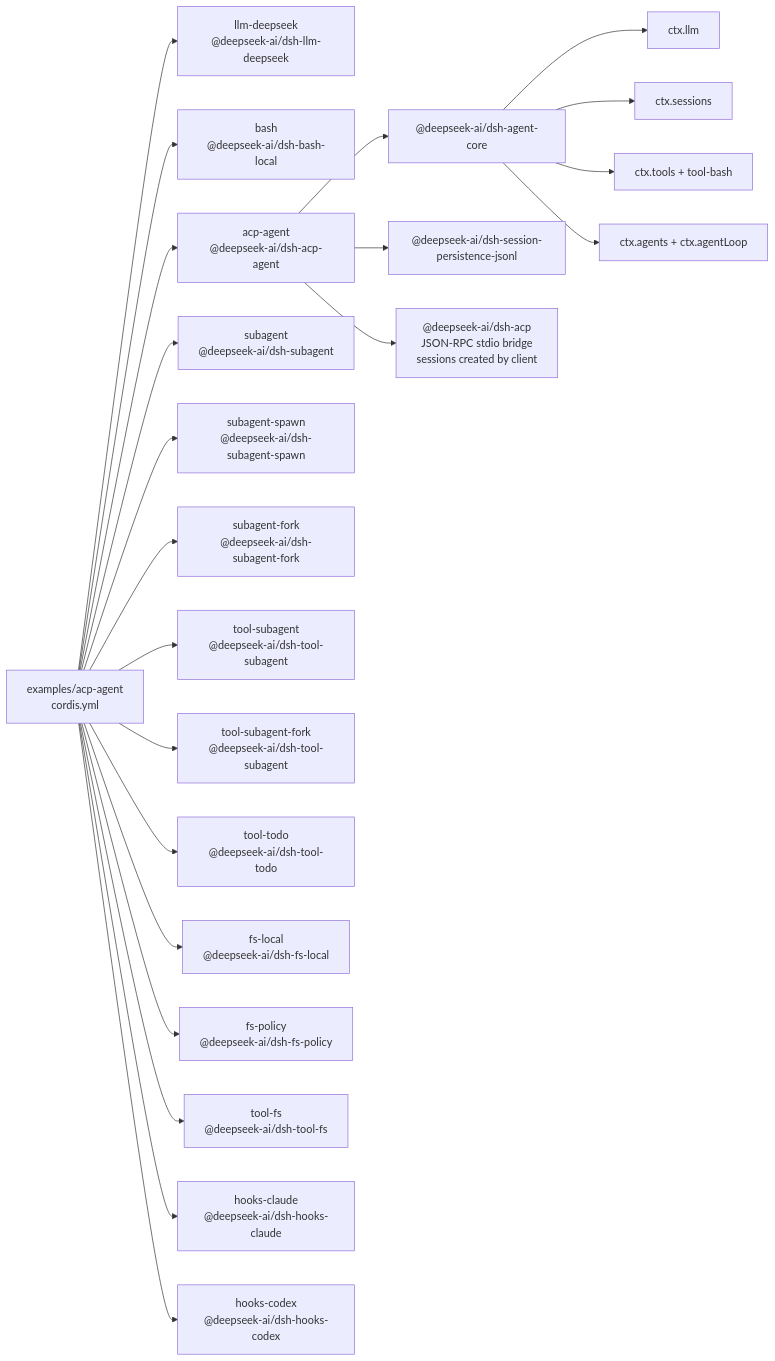
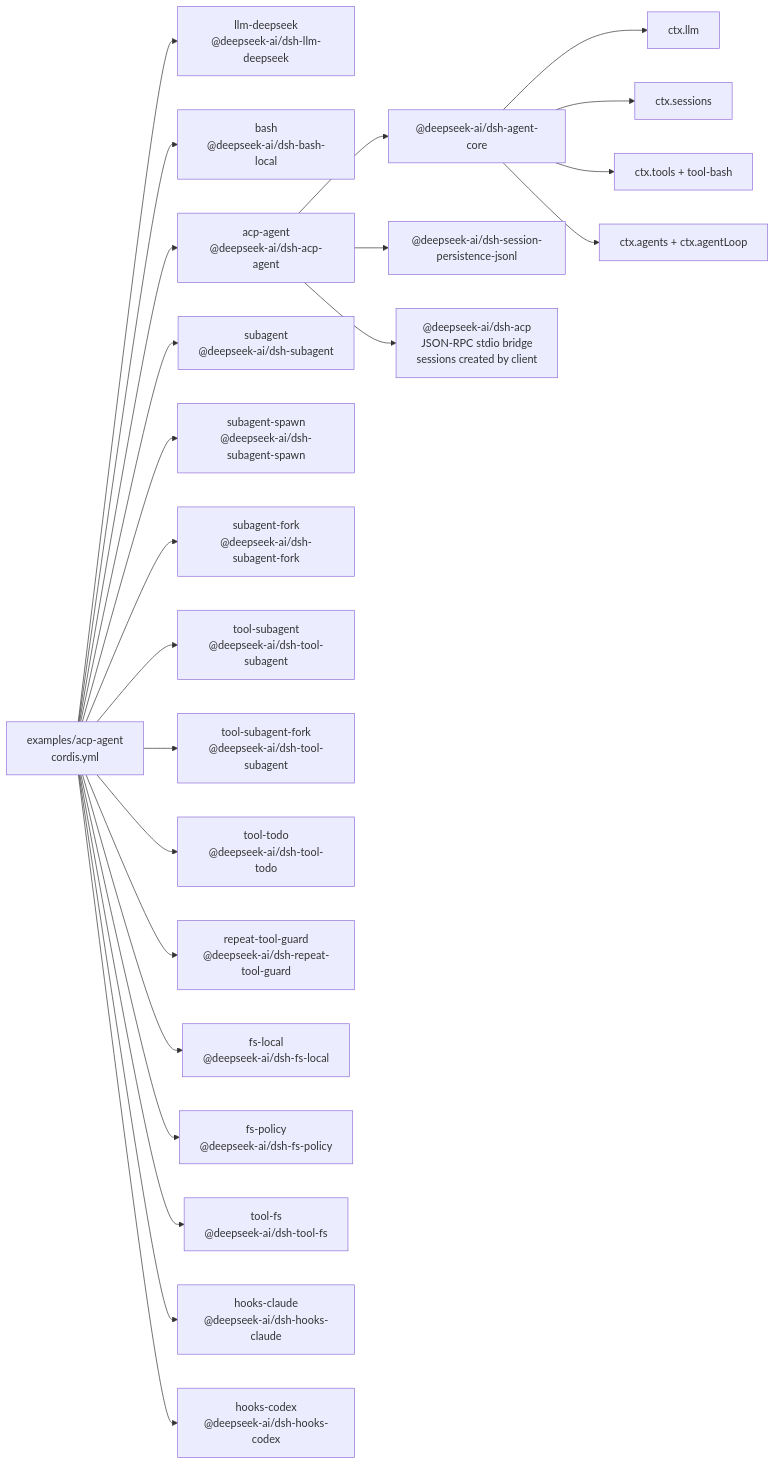
The diagram in examples/acp-agent/composition.md (eru123/coco-harness), drawn with Mermaid before and after one commit. The commit also changed other lines of this file and 27 other files, not shown here.

First line of the commit message:
Merge pull request #213 from deepseek-harness/feat/repeat-tool-guard

````diff
--- a/examples/acp-agent/composition.md
+++ b/examples/acp-agent/composition.md
@@ -8,39 +8,41 @@
 ```mermaid
 flowchart LR
   cfg["examples/acp-agent<br/>cordis.yml"]
   plugin_acp_llm_deepseek["llm-deepseek<br/>@deepseek-ai/dsh-llm-deepseek"]
   cfg --> plugin_acp_llm_deepseek
   plugin_acp_bash["bash<br/>@deepseek-ai/dsh-bash-local"]
   cfg --> plugin_acp_bash
   plugin_acp_acp_agent["acp-agent<br/>@deepseek-ai/dsh-acp-agent"]
   cfg --> plugin_acp_acp_agent
   plugin_acp_acp_agent --> bundle_agent_core["@deepseek-ai/dsh-agent-core"]
   plugin_acp_acp_agent --> bundle_jsonl["@deepseek-ai/dsh-session-persistence-jsonl"]
   plugin_acp_acp_agent --> frontdoor_acp["@deepseek-ai/dsh-acp<br/>JSON-RPC stdio bridge<br/>sessions created by client"]
   bundle_agent_core --> spine_llm["ctx.llm"]
   bundle_agent_core --> spine_sessions["ctx.sessions"]
   bundle_agent_core --> spine_tools["ctx.tools + tool-bash"]
   bundle_agent_core --> spine_loop["ctx.agents + ctx.agentLoop"]
   plugin_acp_subagent["subagent<br/>@deepseek-ai/dsh-subagent"]
   cfg --> plugin_acp_subagent
   plugin_acp_subagent_spawn["subagent-spawn<br/>@deepseek-ai/dsh-subagent-spawn"]
   cfg --> plugin_acp_subagent_spawn
   plugin_acp_subagent_fork["subagent-fork<br/>@deepseek-ai/dsh-subagent-fork"]
   cfg --> plugin_acp_subagent_fork
   plugin_acp_tool_subagent["tool-subagent<br/>@deepseek-ai/dsh-tool-subagent"]
   cfg --> plugin_acp_tool_subagent
   plugin_acp_tool_subagent_fork["tool-subagent-fork<br/>@deepseek-ai/dsh-tool-subagent"]
   cfg --> plugin_acp_tool_subagent_fork
   plugin_acp_tool_todo["tool-todo<br/>@deepseek-ai/dsh-tool-todo"]
   cfg --> plugin_acp_tool_todo
+  plugin_acp_repeat_tool_guard["repeat-tool-guard<br/>@deepseek-ai/dsh-repeat-tool-guard"]
+  cfg --> plugin_acp_repeat_tool_guard
   plugin_acp_fs_local["fs-local<br/>@deepseek-ai/dsh-fs-local"]
   cfg --> plugin_acp_fs_local
   plugin_acp_fs_policy["fs-policy<br/>@deepseek-ai/dsh-fs-policy"]
   cfg --> plugin_acp_fs_policy
   plugin_acp_tool_fs["tool-fs<br/>@deepseek-ai/dsh-tool-fs"]
   cfg --> plugin_acp_tool_fs
   plugin_acp_hooks_claude["hooks-claude<br/>@deepseek-ai/dsh-hooks-claude"]
   cfg --> plugin_acp_hooks_claude
   plugin_acp_hooks_codex["hooks-codex<br/>@deepseek-ai/dsh-hooks-codex"]
   cfg --> plugin_acp_hooks_codex
 ```
````
